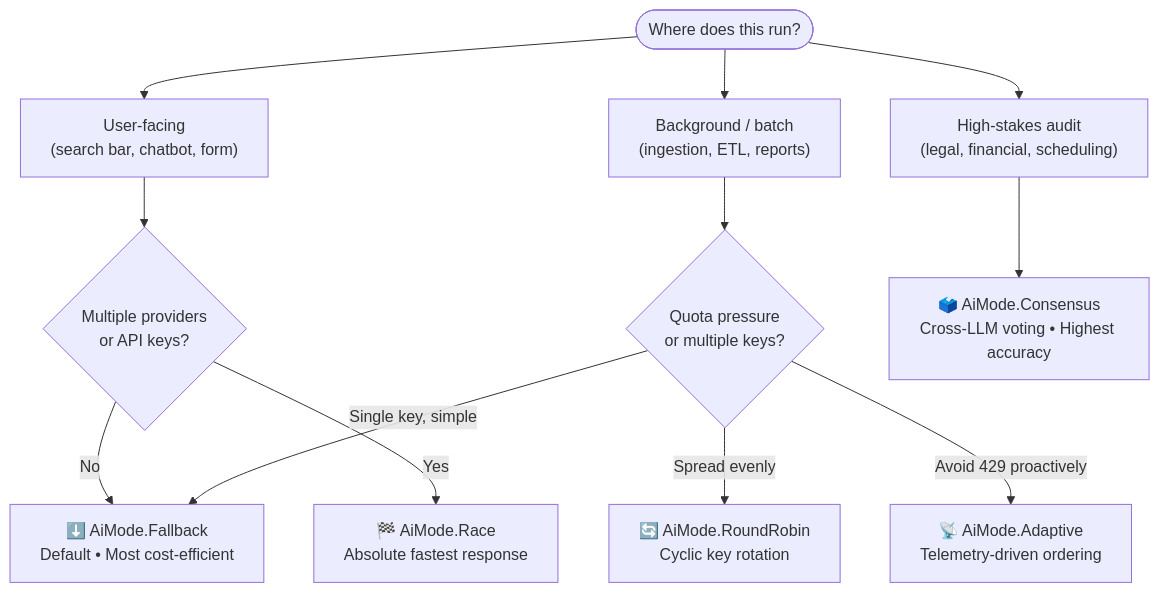
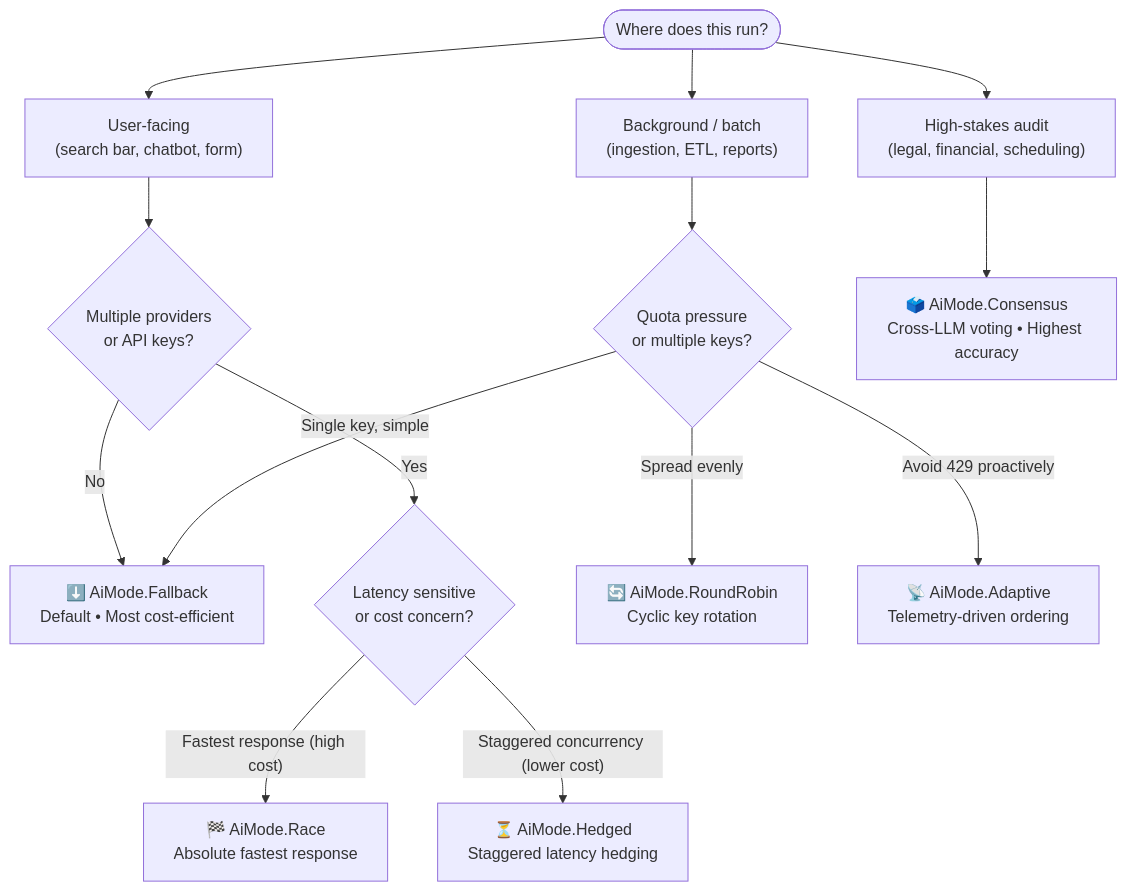
The diagram in packages/plugins/ai/doc/modes.md (magmacomputing/magma), drawn with Mermaid before and after one commit. The commit also changed 15 other files, not shown here.

````diff
--- a/packages/plugins/ai/doc/modes.md
+++ b/packages/plugins/ai/doc/modes.md
@@ -42,17 +42,19 @@
 ```mermaid
 flowchart TD
     Start(["Where does this run?"]) --> UI["User-facing\n(search bar, chatbot, form)"]
     Start --> Batch["Background / batch\n(ingestion, ETL, reports)"]
     Start --> Audit["High-stakes audit\n(legal, financial, scheduling)"]
 
     UI --> MultiUI{"Multiple providers\nor API keys?"}
     MultiUI -- No --> Fallback["⬇️ AiMode.Fallback\nDefault • Most cost-efficient"]
-    MultiUI -- Yes --> Race["🏁 AiMode.Race\nAbsolute fastest response"]
+    MultiUI -- Yes --> CostSpeed{"Latency sensitive\nor cost concern?"}
+    CostSpeed -- "Fastest response (high cost)" --> Race["🏁 AiMode.Race\nAbsolute fastest response"]
+    CostSpeed -- "Staggered concurrency (lower cost)" --> Hedged["⏳ AiMode.Hedged\nStaggered latency hedging"]
 
     Batch --> Quota{"Quota pressure\nor multiple keys?"}
     Quota -- "Spread evenly" --> RR["🔄 AiMode.RoundRobin\nCyclic key rotation"]
     Quota -- "Avoid 429 proactively" --> Adaptive["📡 AiMode.Adaptive\nTelemetry-driven ordering"]
     Quota -- "Single key, simple" --> Fallback["⬇️ AiMode.Fallback\nDefault • Most cost-efficient"]
 
     Audit --> Consensus["🗳️ AiMode.Consensus\nCross-LLM voting • Highest accuracy"]
 ```
````
